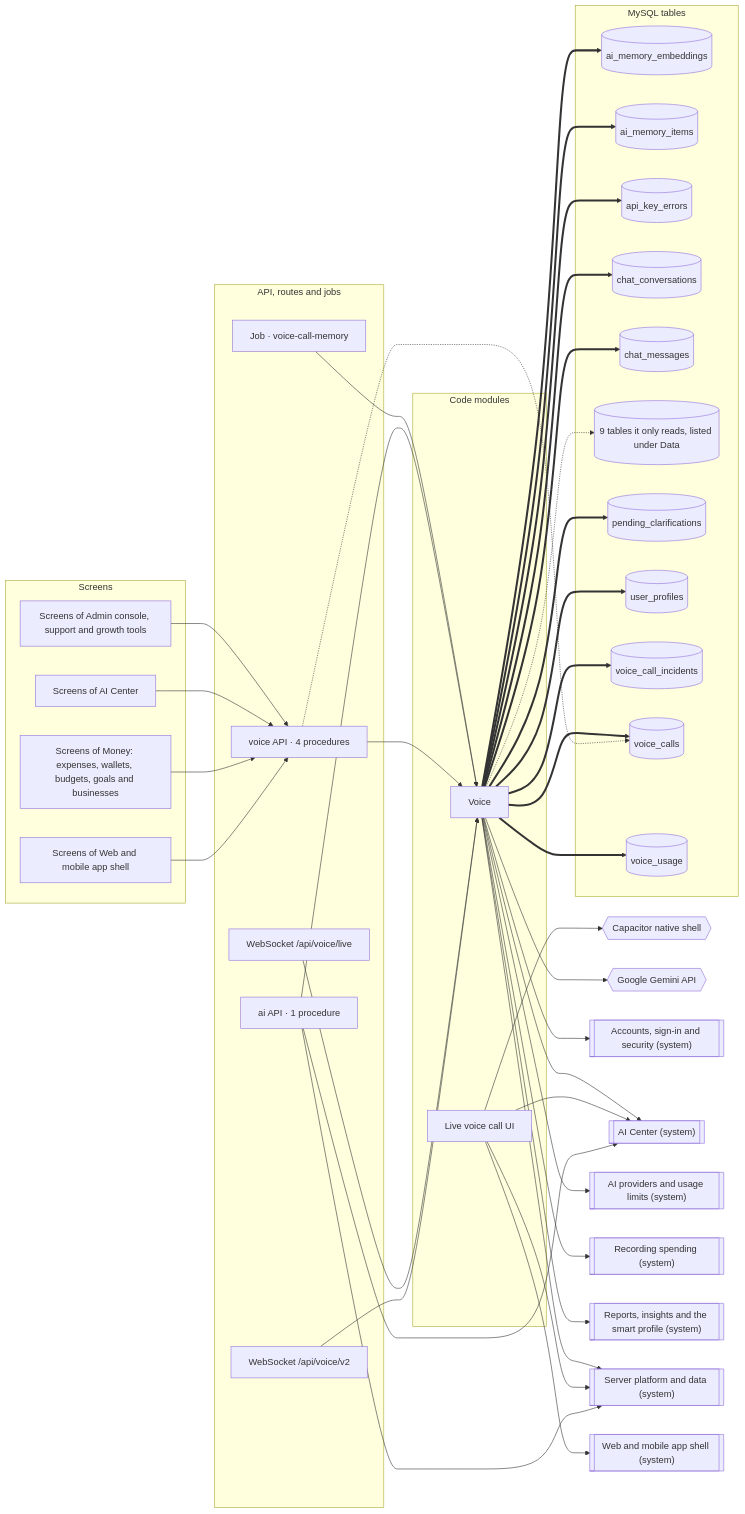
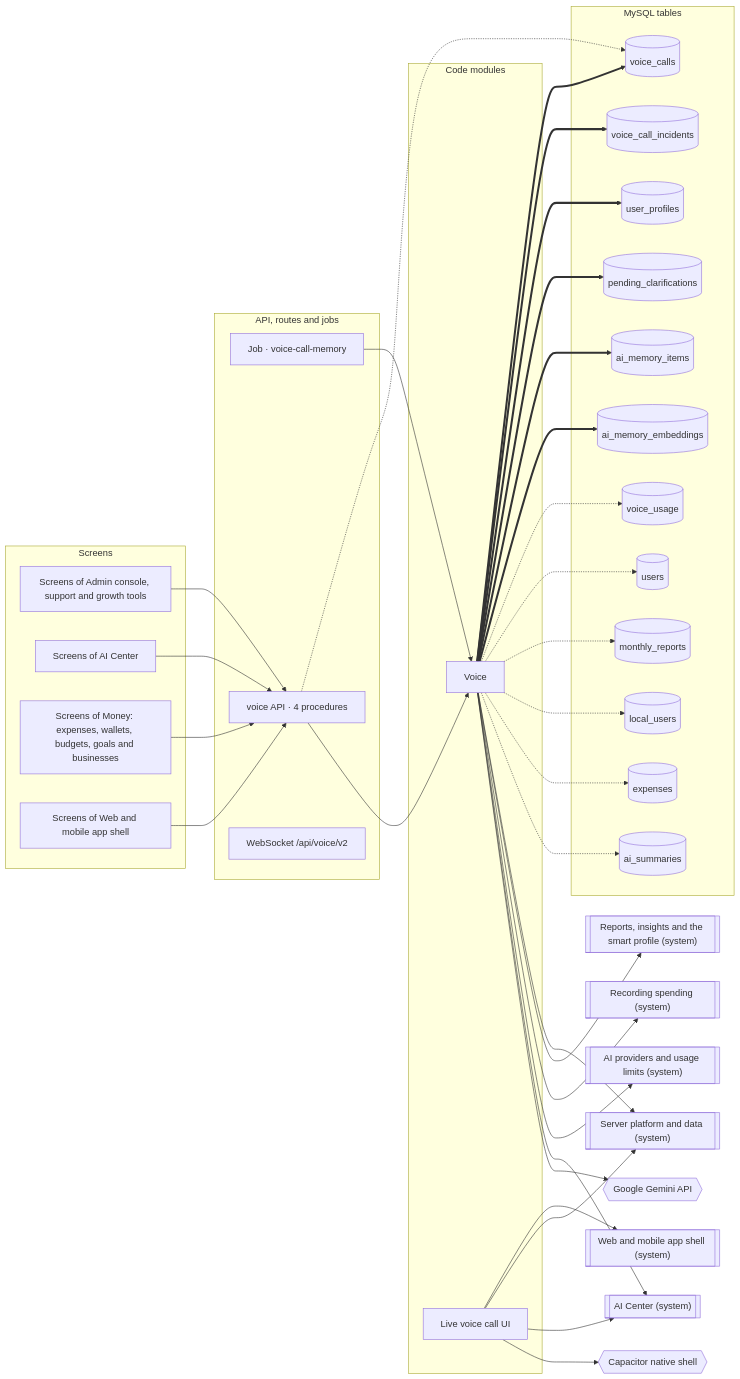
One commit to mahmoudtaherr111/smartspend_mini_all changed the diagram in docs/atlas/systems/voice-calls.md. Above: the diagram before and after it, drawn with Mermaid. The commit also changed other lines of this file and 67 other files, not shown here.

````diff
--- a/docs/atlas/systems/voice-calls.md
+++ b/docs/atlas/systems/voice-calls.md
@@ -13,76 +13,69 @@
 ```mermaid
 flowchart LR
   subgraph g_screens["Screens"]
     screens_admin["Screens of Admin console, support and growth tools"]
     screens_ai_center["Screens of AI Center"]
     screens_money["Screens of Money: expenses, wallets, budgets, goals and businesses"]
     screens_web_app["Screens of Web and mobile app shell"]
   end
   subgraph g_api["API, routes and jobs"]
     job_voice_call_memory["Job · voice-call-memory"]
-    router_ai["ai API · 1 procedure"]
     router_voice["voice API · 4 procedures"]
-    ws__api_voice_live["WebSocket /api/voice/live"]
     ws__api_voice_v2["WebSocket /api/voice/v2"]
   end
   subgraph g_modules["Code modules"]
     mod_voice["Voice"]
     mod_web_voice_call["Live voice call UI"]
   end
   subgraph g_tables["MySQL tables"]
     tbl_ai_memory_embeddings[("ai_memory_embeddings")]
     tbl_ai_memory_items[("ai_memory_items")]
-    tbl_api_key_errors[("api_key_errors")]
-    tbl_chat_conversations[("chat_conversations")]
-    tbl_chat_messages[("chat_messages")]
-    tbl_more[("9 tables it only reads, listed under Data")]
+    tbl_ai_summaries[("ai_summaries")]
+    tbl_expenses[("expenses")]
+    tbl_local_users[("local_users")]
+    tbl_monthly_reports[("monthly_reports")]
     tbl_pending_clarifications[("pending_clarifications")]
     tbl_user_profiles[("user_profiles")]
+    tbl_users[("users")]
     tbl_voice_call_incidents[("voice_call_incidents")]
     tbl_voice_calls[("voice_calls")]
     tbl_voice_usage[("voice_usage")]
   end
   ext_capacitor{{"Capacitor native shell"}}
   ext_gemini{{"Google Gemini API"}}
-  sys_accounts[["Accounts, sign-in and security (system)"]]
   sys_ai_center[["AI Center (system)"]]
   sys_ai_platform[["AI providers and usage limits (system)"]]
   sys_expense_capture[["Recording spending (system)"]]
   sys_insights[["Reports, insights and the smart profile (system)"]]
   sys_platform[["Server platform and data (system)"]]
   sys_web_app[["Web and mobile app shell (system)"]]
   job_voice_call_memory --> mod_voice
   mod_voice --> ext_gemini
-  mod_voice --> sys_accounts
   mod_voice --> sys_ai_center
   mod_voice --> sys_ai_platform
   mod_voice --> sys_expense_capture
   mod_voice --> sys_insights
   mod_voice --> sys_platform
-  mod_voice -.-> tbl_more
+  mod_voice -.-> tbl_ai_summaries
+  mod_voice -.-> tbl_expenses
+  mod_voice -.-> tbl_local_users
+  mod_voice -.-> tbl_monthly_reports
+  mod_voice -.-> tbl_users
+  mod_voice -.-> tbl_voice_usage
   mod_voice ==> tbl_ai_memory_embeddings
   mod_voice ==> tbl_ai_memory_items
-  mod_voice ==> tbl_api_key_errors
-  mod_voice ==> tbl_chat_conversations
-  mod_voice ==> tbl_chat_messages
   mod_voice ==> tbl_pending_clarifications
   mod_voice ==> tbl_user_profiles
   mod_voice ==> tbl_voice_call_incidents
   mod_voice ==> tbl_voice_calls
-  mod_voice ==> tbl_voice_usage
   mod_web_voice_call --> ext_capacitor
   mod_web_voice_call --> sys_ai_center
   mod_web_voice_call --> sys_platform
   mod_web_voice_call --> sys_web_app
-  router_ai --> mod_voice
-  router_ai --> sys_ai_center
-  router_ai --> sys_platform
   router_voice --> mod_voice
   router_voice -.-> tbl_voice_calls
   screens_admin --> router_voice
   screens_ai_center --> router_voice
   screens_money --> router_voice
   screens_web_app --> router_voice
-  ws__api_voice_live --> mod_voice
-  ws__api_voice_v2 --> mod_voice
 ```
````
